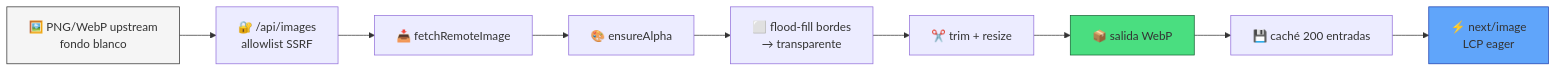
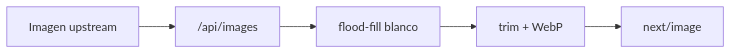
One commit to CristinaFores/zara-mobile-challenge changed the second of 3 diagrams in README.es.md. Above: the diagram before and after it, drawn with Mermaid. The commit also changed other lines of this file and 13 other files, not shown here.

````diff
--- a/README.es.md
+++ b/README.es.md
@@ -303,15 +221,7 @@
 ```mermaid
 flowchart LR
-  A["🖼️ PNG/WebP upstream<br/>fondo blanco"] --> B["🔐 /api/images<br/>allowlist SSRF"]
-  B --> C["📥 fetchRemoteImage"]
-  C --> D["🎨 ensureAlpha"]
-  D --> E["⬜ flood-fill bordes<br/>→ transparente"]
-  E --> F["✂️ trim + resize"]
-  F --> G["📦 salida WebP"]
-  G --> H["💾 caché 200 entradas"]
-  H --> I["⚡ next/image<br/>LCP eager"]
-
-  style A fill:#f5f5f5,stroke:#333
-  style G fill:#4ade80,stroke:#166534
-  style I fill:#60a5fa,stroke:#1e40af
+  A["Imagen upstream"] --> B["/api/images"]
+  B --> C["flood-fill blanco"]
+  C --> D["trim + WebP"]
+  D --> E["next/image"]
 ```
````
